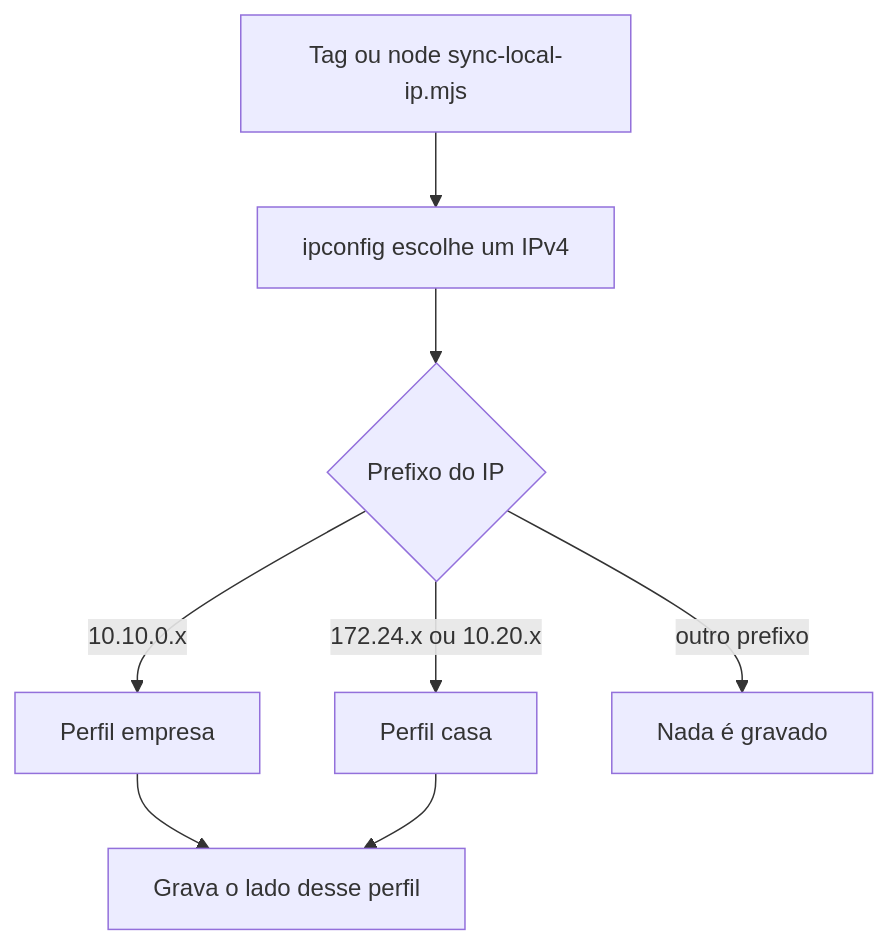
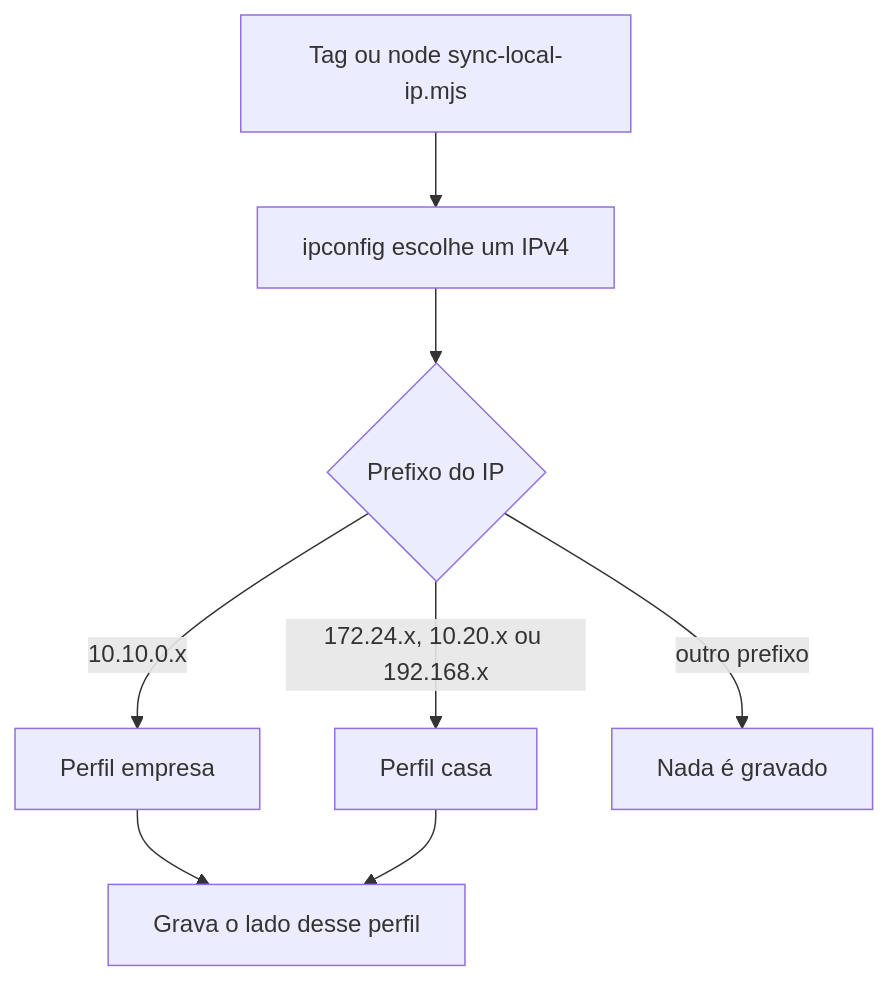
Before and after one commit to RafaelHDSV/sync-local-ip: the diagram in docs/rede-e-arquivos.md, drawn with Mermaid. The commit also changed other lines of this file and 6 other files, not shown here.

````diff
--- a/docs/rede-e-arquivos.md
+++ b/docs/rede-e-arquivos.md
@@ -17,10 +18,10 @@
 ```mermaid
 flowchart TD
   start[Tag ou node sync-local-ip.mjs] --> detect[ipconfig escolhe um IPv4]
   detect --> perfil{Prefixo do IP}
   perfil -->|10.10.0.x| empresa[Perfil empresa]
-  perfil -->|172.24.x ou 10.20.x| casa[Perfil casa]
+  perfil -->|172.24.x, 10.20.x ou 192.168.x| casa[Perfil casa]
   perfil -->|outro prefixo| parado[Nada é gravado]
   empresa --> gravar[Grava o lado desse perfil]
   casa --> gravar
 ```
````
